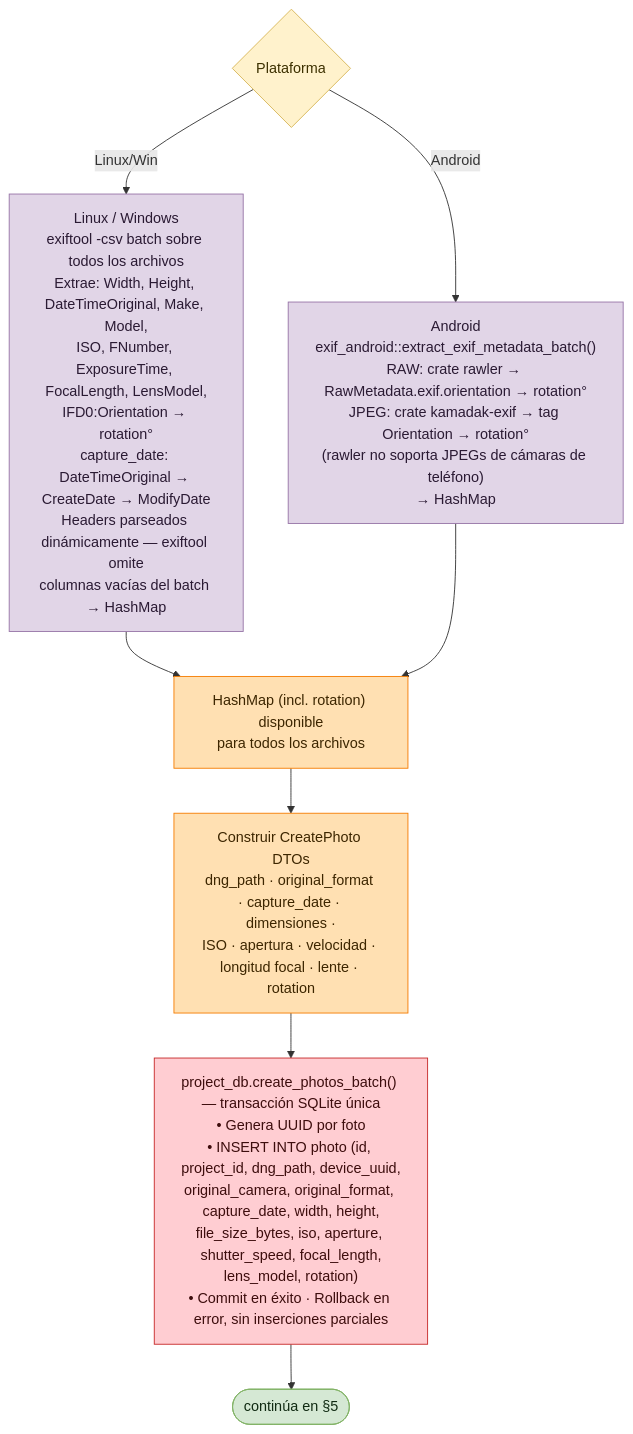
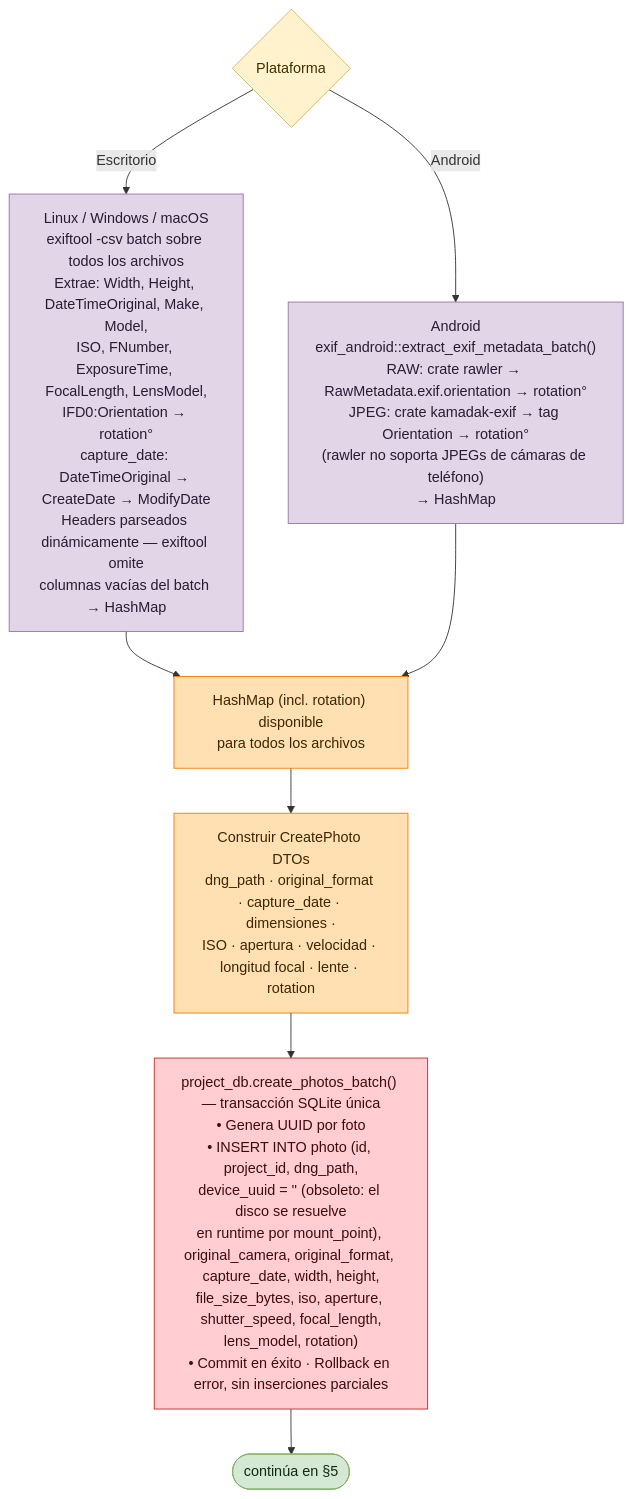
One commit to everitosan/lumik changed the fifth of 7 diagrams in docs/useCases/flujo-importar-imagenes.md. Above: the diagram before and after it, drawn with Mermaid. The commit also changed other lines of this file and 21 other files, not shown here.

````diff
--- a/docs/useCases/flujo-importar-imagenes.md
+++ b/docs/useCases/flujo-importar-imagenes.md
@@ -126,25 +126,25 @@
 ```mermaid
 flowchart TD
     plat_q{"Plataforma"}
-    exif_desktop["Linux / Windows<br/>exiftool -csv batch sobre todos los archivos<br/>Extrae: Width, Height, DateTimeOriginal, Make, Model,<br/>ISO, FNumber, ExposureTime, FocalLength, LensModel,<br/>IFD0:Orientation → rotation°<br/>capture_date: DateTimeOriginal → CreateDate → ModifyDate<br/>Headers parseados dinámicamente — exiftool omite<br/>columnas vacías del batch → HashMap"]
+    exif_desktop["Linux / Windows / macOS<br/>exiftool -csv batch sobre todos los archivos<br/>Extrae: Width, Height, DateTimeOriginal, Make, Model,<br/>ISO, FNumber, ExposureTime, FocalLength, LensModel,<br/>IFD0:Orientation → rotation°<br/>capture_date: DateTimeOriginal → CreateDate → ModifyDate<br/>Headers parseados dinámicamente — exiftool omite<br/>columnas vacías del batch → HashMap"]
     exif_android["Android<br/>exif_android::extract_exif_metadata_batch()<br/>RAW: crate rawler → RawMetadata.exif.orientation → rotation°<br/>JPEG: crate kamadak-exif → tag Orientation → rotation°<br/>(rawler no soporta JPEGs de cámaras de teléfono)<br/>→ HashMap"]
     merge_exif["HashMap (incl. rotation) disponible<br/>para todos los archivos"]
     dtos["Construir CreatePhoto DTOs<br/>dng_path · original_format · capture_date · dimensiones ·<br/>ISO · apertura · velocidad · longitud focal · lente · rotation"]
-    insert["project_db.create_photos_batch() — transacción SQLite única<br/>• Genera UUID por foto<br/>• INSERT INTO photo (id, project_id, dng_path, device_uuid,<br/>original_camera, original_format, capture_date, width, height,<br/>file_size_bytes, iso, aperture, shutter_speed, focal_length,<br/>lens_model, rotation)<br/>• Commit en éxito · Rollback en error, sin inserciones parciales"]
+    insert["project_db.create_photos_batch() — transacción SQLite única<br/>• Genera UUID por foto<br/>• INSERT INTO photo (id, project_id, dng_path,<br/>device_uuid = '' (obsoleto: el disco se resuelve<br/>en runtime por mount_point), original_camera, original_format, capture_date, width, height,<br/>file_size_bytes, iso, aperture, shutter_speed, focal_length,<br/>lens_model, rotation)<br/>• Commit en éxito · Rollback en error, sin inserciones parciales"]
     next(["continúa en §5"])
 
-    plat_q -->|Linux/Win| exif_desktop --> merge_exif
+    plat_q -->|Escritorio| exif_desktop --> merge_exif
     plat_q -->|Android| exif_android --> merge_exif
     merge_exif --> dtos --> insert --> next
 
     classDef term fill:#d5e8d4,stroke:#82b366,color:#102a12
     classDef be fill:#ffe0b2,stroke:#f57c00,color:#3d2600
     classDef db fill:#ffcdd2,stroke:#c62828,color:#3d0d0d
     classDef plat fill:#e1d5e7,stroke:#9673a6,color:#2a1a33
     classDef dec fill:#fff2cc,stroke:#d6b656,color:#3d3100
     class next term
     class merge_exif,dtos be
     class insert db
     class exif_desktop,exif_android plat
     class plat_q dec
 ```
````
